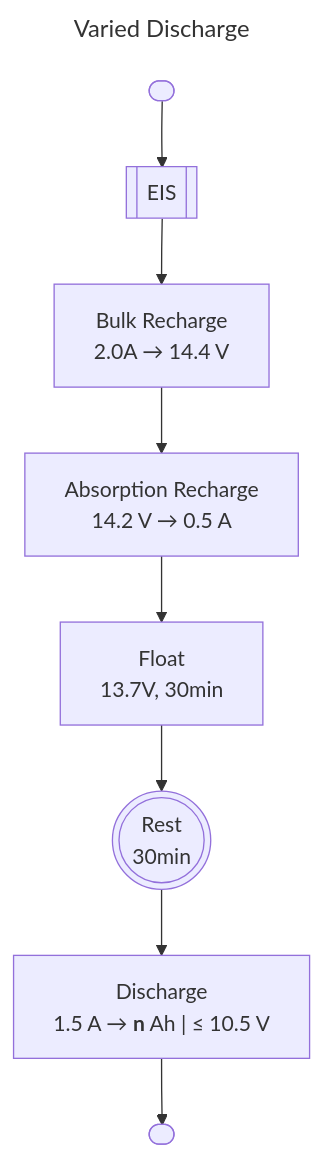
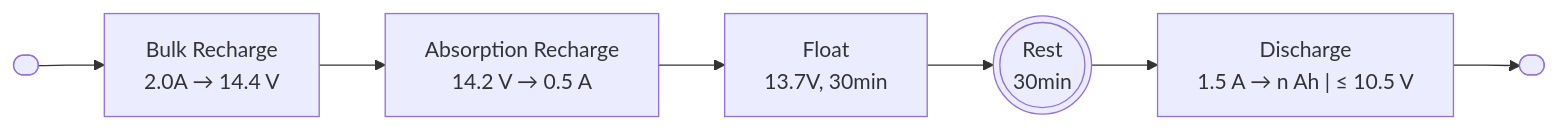
Before and after one commit to UCT-MARiS/SISPS-EXP-SOH: the third of 3 diagrams in Docs/UCT003 SoH Methodology.md, drawn with Mermaid. The commit also changed other lines of this file and 2 other files, not shown here.

````diff
--- a/Docs/UCT003 SoH Methodology.md
+++ b/Docs/UCT003 SoH Methodology.md
@@ -114,23 +120,19 @@
 ```mermaid
----
-title: Varied Discharge
----
-flowchart TB
+%%{init: {"flowchart": {"format": svg}} }%%
+flowchart LR
 
 start([ ])
-eis[[EIS]]
 wait(((Rest<br>30min)))
 bulk[Bulk Recharge<br>2.0A &rarr; 14.4 V]
 absorb[Absorption Recharge<br>14.2 V #rarr; 0.5 A]
 float[Float<br>13.7V, 30min]
-discharge["`Discharge<br>1.5 A &rarr; **n** Ah | ≤ 10.5 V`"]
+discharge[Discharge<br>1.5 A &rarr; n Ah &vert; &leq; 10.5 V]
 done([ ])
 
-start --> eis
-eis --> bulk
+start --> bulk
 bulk --> absorb
 absorb --> float
 float --> wait
 wait --> discharge
 discharge --> done
 ```
````
